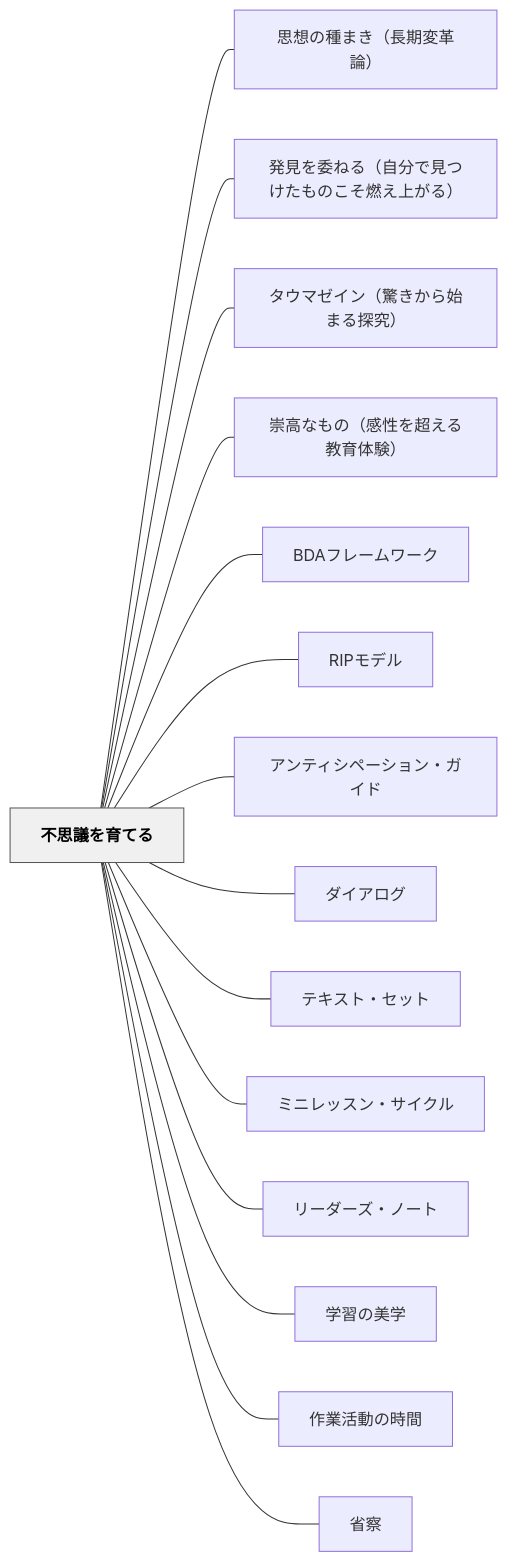
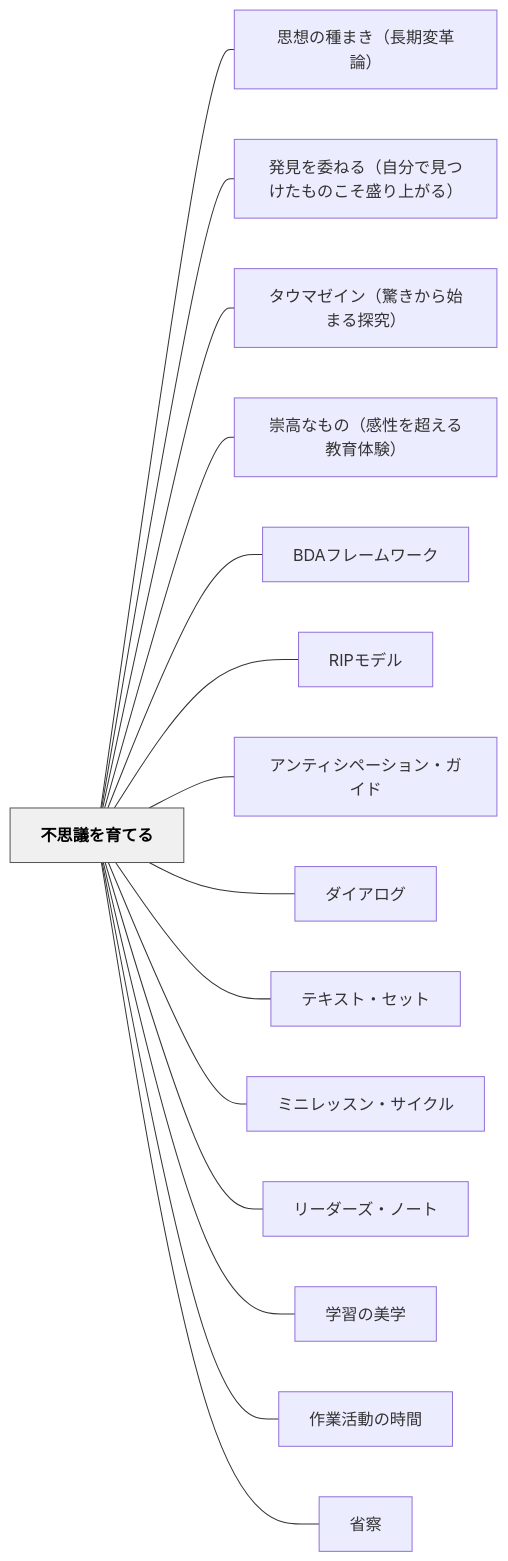
Before and after one commit to unknownthings-ed-patterns/unknownthings-ed-patterns: the diagram in content/パタン/不思議を育てる.md, drawn with Mermaid. The commit also changed other lines of this file and 36 other files, not shown here.

````diff
--- a/content/パタン/不思議を育てる.md
+++ b/content/パタン/不思議を育てる.md
@@ -219,36 +219,36 @@
 ```mermaid
 flowchart LR
     ne4b88de6809de8adb0e38292e882b2e381a6e3828b["不思議を育てる"]
     ne6809de683b3e381aee7a8aee381bee3818defbc88e995b7e69c9fe5a489e99da9e8ab96efbc89["思想の種まき（長期変革論）"]
-    ne799bae8a68be38292e5a794e381ade3828befbc88e887aae58886e381a7e8a68be381a4e38191e3819fe38282e381aee38193e3819de78783e38188e4b88ae3818ce3828befbc89["発見を委ねる（自分で見つけたものこそ燃え上がる）"]
+    ne799bae8a68be38292e5a794e381ade3828befbc88e887aae58886e381a7e8a68be381a4e38191e3819fe38282e381aee38193e3819de79b9be3828ae4b88ae3818ce3828befbc89["発見を委ねる（自分で見つけたものこそ盛り上がる）"]
     ne382bfe382a6e3839ee382bce382a4e383b3efbc88e9a99ae3818de3818be38289e5a78be381bee3828be68ea2e7a9b6efbc89["タウマゼイン（驚きから始まる探究）"]
     ne5b487e9ab98e381aae38282e381aeefbc88e6849fe680a7e38292e8b685e38188e3828be69599e882b2e4bd93e9a893efbc89["崇高なもの（感性を超える教育体験）"]
     n424441e38395e383ace383bce383a0e383afe383bce382af["BDAフレームワーク"]
     n524950e383a2e38387e383ab["RIPモデル"]
     ne382a2e383b3e38386e382a3e382b7e3839ae383bce382b7e383a7e383b3e383bbe382ace382a4e38389["アンティシペーション・ガイド"]
     ne38380e382a4e382a2e383ade382b0["ダイアログ"]
     ne38386e382ade382b9e38388e383bbe382bbe38383e38388["テキスト・セット"]
     ne3839fe3838be383ace38383e382b9e383b3e383bbe382b5e382a4e382afe383ab["ミニレッスン・サイクル"]
     ne383aae383bce38380e383bce382bae383bbe3838ee383bce38388["リーダーズ・ノート"]
     ne5ada6e7bf92e381aee7be8ee5ada6["学習の美学"]
     ne4bd9ce6a5ade6b4bbe58b95e381aee69982e99693["作業活動の時間"]
     ne79c81e5af9f["省察"]
 
     ne4b88de6809de8adb0e38292e882b2e381a6e3828b --- ne6809de683b3e381aee7a8aee381bee3818defbc88e995b7e69c9fe5a489e99da9e8ab96efbc89
-    ne4b88de6809de8adb0e38292e882b2e381a6e3828b --- ne799bae8a68be38292e5a794e381ade3828befbc88e887aae58886e381a7e8a68be381a4e38191e3819fe38282e381aee38193e3819de78783e38188e4b88ae3818ce3828befbc89
+    ne4b88de6809de8adb0e38292e882b2e381a6e3828b --- ne799bae8a68be38292e5a794e381ade3828befbc88e887aae58886e381a7e8a68be381a4e38191e3819fe38282e381aee38193e3819de79b9be3828ae4b88ae3818ce3828befbc89
     ne4b88de6809de8adb0e38292e882b2e381a6e3828b --- ne382bfe382a6e3839ee382bce382a4e383b3efbc88e9a99ae3818de3818be38289e5a78be381bee3828be68ea2e7a9b6efbc89
     ne4b88de6809de8adb0e38292e882b2e381a6e3828b --- ne5b487e9ab98e381aae38282e381aeefbc88e6849fe680a7e38292e8b685e38188e3828be69599e882b2e4bd93e9a893efbc89
     ne4b88de6809de8adb0e38292e882b2e381a6e3828b --- n424441e38395e383ace383bce383a0e383afe383bce382af
     ne4b88de6809de8adb0e38292e882b2e381a6e3828b --- n524950e383a2e38387e383ab
     ne4b88de6809de8adb0e38292e882b2e381a6e3828b --- ne382a2e383b3e38386e382a3e382b7e3839ae383bce382b7e383a7e383b3e383bbe382ace382a4e38389
     ne4b88de6809de8adb0e38292e882b2e381a6e3828b --- ne38380e382a4e382a2e383ade382b0
     ne4b88de6809de8adb0e38292e882b2e381a6e3828b --- ne38386e382ade382b9e38388e383bbe382bbe38383e38388
     ne4b88de6809de8adb0e38292e882b2e381a6e3828b --- ne3839fe3838be383ace38383e382b9e383b3e383bbe382b5e382a4e382afe383ab
     ne4b88de6809de8adb0e38292e882b2e381a6e3828b --- ne383aae383bce38380e383bce382bae383bbe3838ee383bce38388
     ne4b88de6809de8adb0e38292e882b2e381a6e3828b --- ne5ada6e7bf92e381aee7be8ee5ada6
     ne4b88de6809de8adb0e38292e882b2e381a6e3828b --- ne4bd9ce6a5ade6b4bbe58b95e381aee69982e99693
     ne4b88de6809de8adb0e38292e882b2e381a6e3828b --- ne79c81e5af9f
 
     classDef hub fill:#f0f0f0,stroke:#555,color:#000,font-weight:bold
     class ne4b88de6809de8adb0e38292e882b2e381a6e3828b hub
 ```
````
